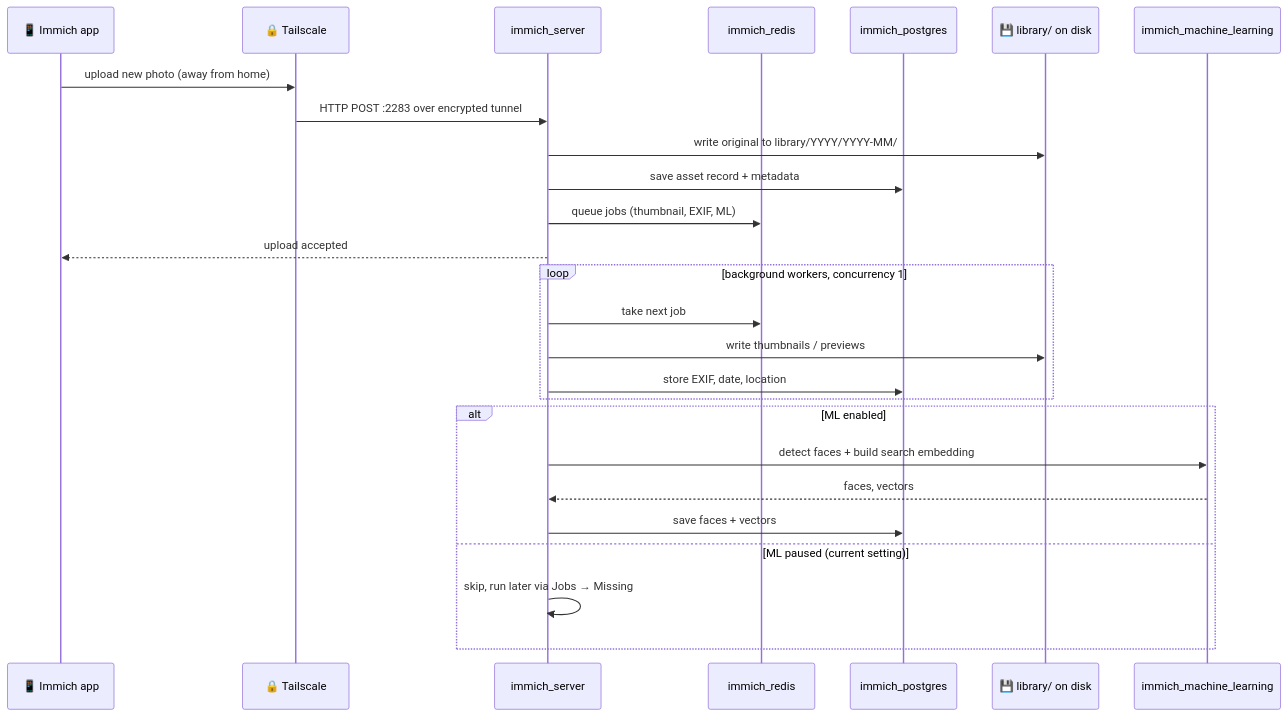
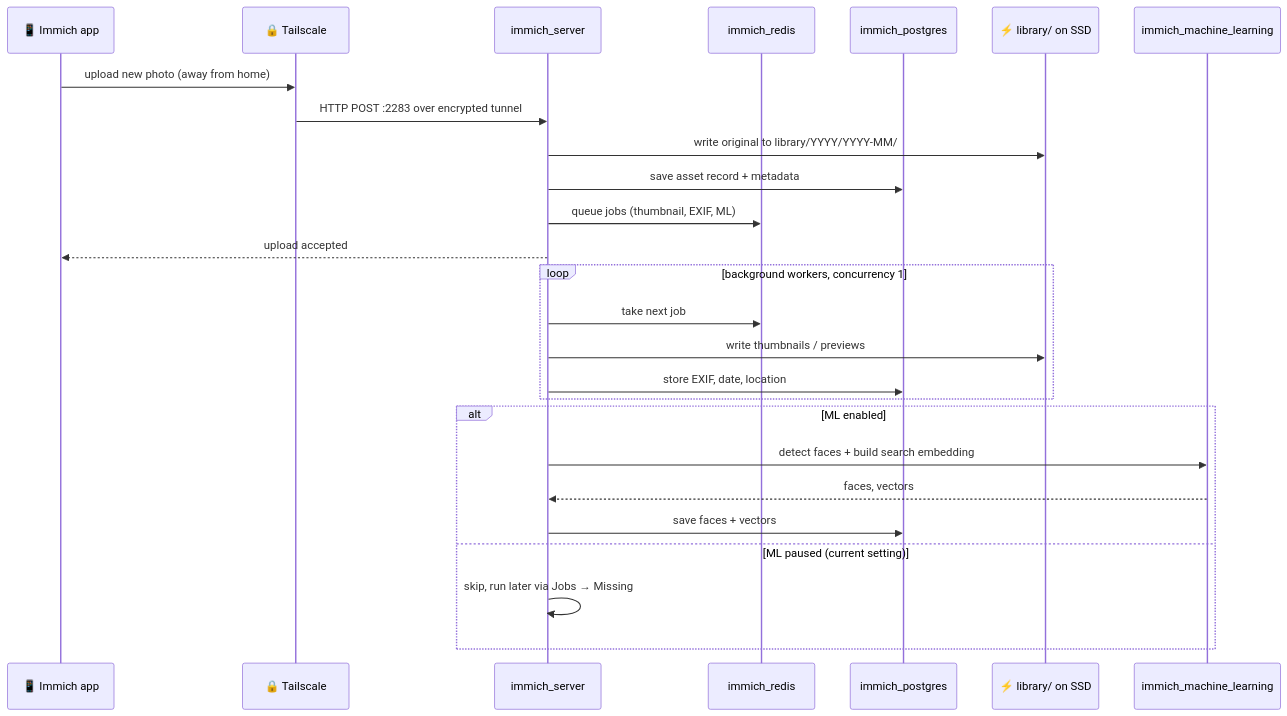
The second of 4 diagrams in docs/architecture.md (Litigator98765/homelab), drawn with Mermaid before and after one commit. The commit also changed other lines of this file and 5 other files, not shown here.

````diff
--- a/docs/architecture.md
+++ b/docs/architecture.md
@@ -128,29 +153,29 @@
 ```mermaid
 sequenceDiagram
     participant P as 📱 Immich app
     participant T as 🔒 Tailscale
     participant S as immich_server
     participant R as immich_redis
     participant DB as immich_postgres
-    participant D as 💾 library/ on disk
+    participant D as ⚡ library/ on SSD
     participant ML as immich_machine_learning
 
     P->>T: upload new photo (away from home)
     T->>S: HTTP POST :2283 over encrypted tunnel
     S->>D: write original to library/YYYY/YYYY-MM/
     S->>DB: save asset record + metadata
     S->>R: queue jobs (thumbnail, EXIF, ML)
     S-->>P: upload accepted
     loop background workers, concurrency 1
         S->>R: take next job
         S->>D: write thumbnails / previews
         S->>DB: store EXIF, date, location
     end
     alt ML enabled
         S->>ML: detect faces + build search embedding
         ML-->>S: faces, vectors
         S->>DB: save faces + vectors
     else ML paused (current setting)
         S->>S: skip, run later via Jobs → Missing
     end
 ```
````
